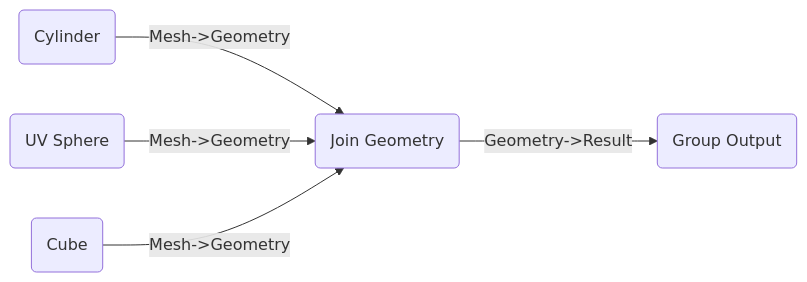
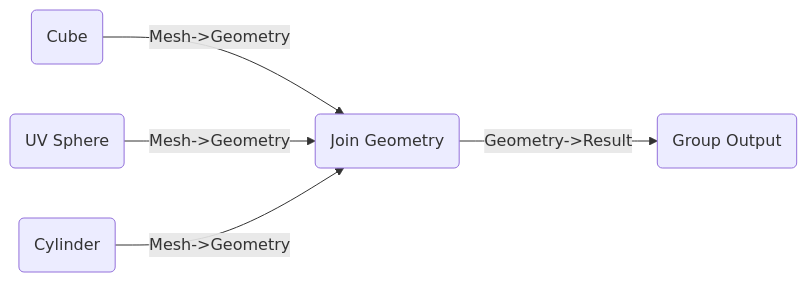
The third of 5 diagrams in comparisons.llms.md (BradyAJohnston/nodebpy), drawn with Mermaid before and after one commit. The commit also changed other lines of this file and 104 other files, not shown here.

````diff
--- a/comparisons.llms.md
+++ b/comparisons.llms.md
@@ -172,12 +174,12 @@
 ``` mermaid
 graph LR
     N0("Cube"):::geometry-node
     N1("UV Sphere"):::geometry-node
     N2("Cylinder"):::geometry-node
     N3("Join Geometry"):::geometry-node
     N4("Group Output"):::default-node
+    N0 -->|"Mesh->Geometry"| N3
+    N1 -->|"Mesh->Geometry"| N3
     N2 -->|"Mesh->Geometry"| N3
-    N1 -->|"Mesh->Geometry"| N3
-    N0 -->|"Mesh->Geometry"| N3
     N3 -->|"Geometry->Result"| N4
 ```
````
